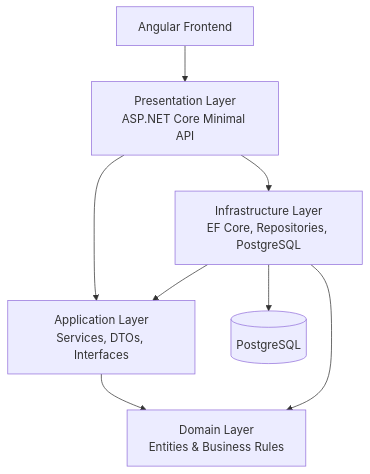
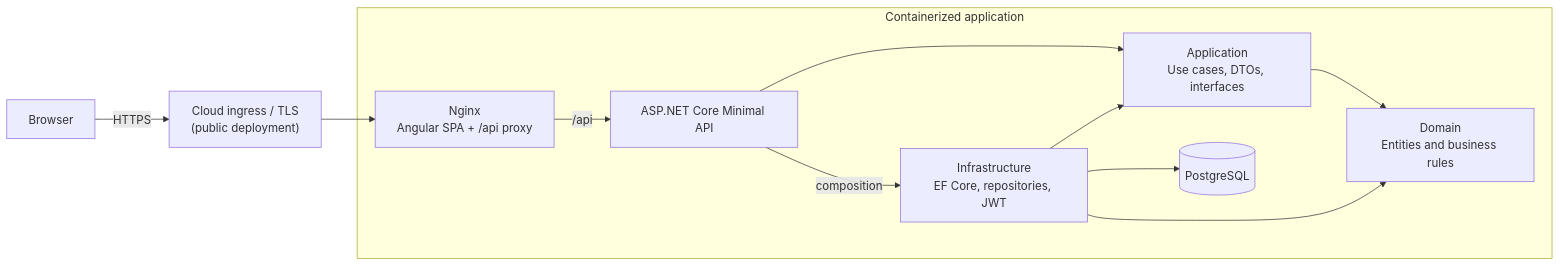
The diagram in README.md (handyana05/expenses-tracker), drawn with Mermaid before and after one commit. The commit also changed other lines of this file and 2 other files, not shown here.

Commit message:
adjust architecture uml diagrams

````diff
--- a/README.md
+++ b/README.md
@@ -141,23 +144,25 @@
 ```mermaid
-flowchart TD
+flowchart LR
+    Browser["Browser"]
+    Ingress["Cloud ingress / TLS<br/>(public deployment)"]
 
-    Client["Angular Frontend"]
+    subgraph Containers["Containerized application"]
+        Nginx["Nginx<br/>Angular SPA + /api proxy"]
+        API["ASP.NET Core Minimal API"]
+        APP["Application<br/>Use cases, DTOs, interfaces"]
+        DOMAIN["Domain<br/>Entities and business rules"]
+        INFRA["Infrastructure<br/>EF Core, repositories, JWT"]
+        DB[(PostgreSQL)]
 
-    API["Presentation Layer<br/>ASP.NET Core Minimal API"]
+        Nginx -->|"/api"| API
+        API --> APP
+        API -->|"composition"| INFRA
+        APP --> DOMAIN
+        INFRA --> APP
+        INFRA --> DOMAIN
+        INFRA --> DB
+    end
 
-    APP["Application Layer<br/>Services, DTOs, Interfaces"]
-
-    DOMAIN["Domain Layer<br/>Entities & Business Rules"]
-
-    INFRA["Infrastructure Layer<br/>EF Core, Repositories, PostgreSQL"]
-
-    DB[(PostgreSQL)]
-
-    Client --> API
-    API --> APP
-    API --> INFRA
-    APP --> DOMAIN
-    INFRA --> APP
-    INFRA --> DOMAIN
-    INFRA --> DB
+    Browser -->|"HTTPS"| Ingress
+    Ingress --> Nginx
 ```
````
